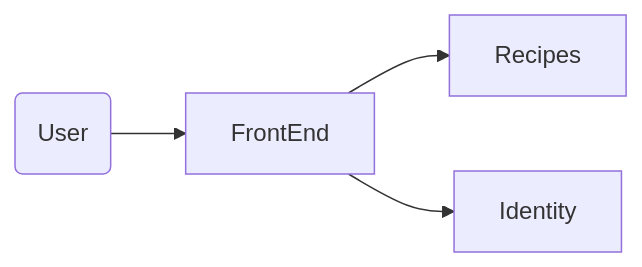
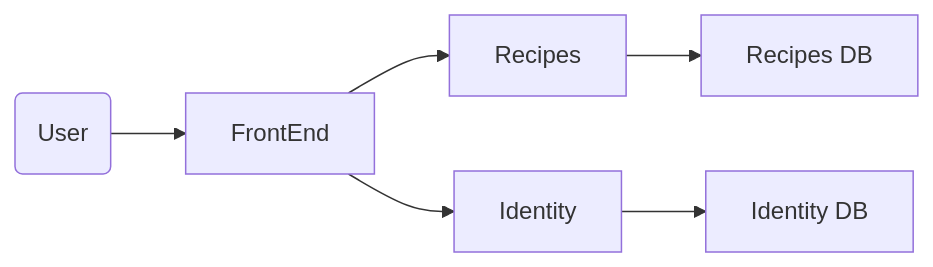
One commit to BenasB/vu-psk changed the diagram in README.md. Above: the diagram before and after it, drawn with Mermaid. The commit also changed other lines of this file and 5 other files, not shown here.

````diff
--- a/README.md
+++ b/README.md
@@ -6,6 +7,8 @@
 ```mermaid
 flowchart LR
     A(User) --> B[FrontEnd]
     B --> C[Recipes]
     B --> D[Identity]
+    C --> E[Recipes DB]
+    D --> F[Identity DB]
 ```
````
